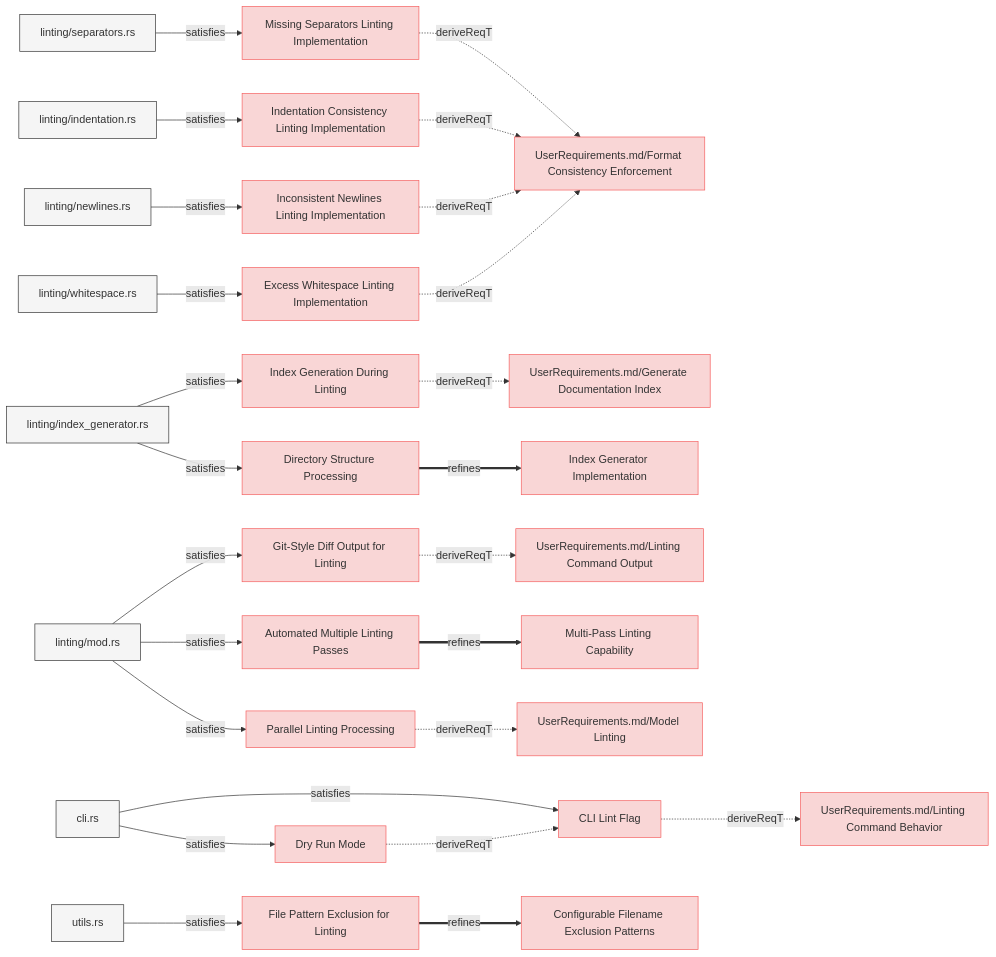
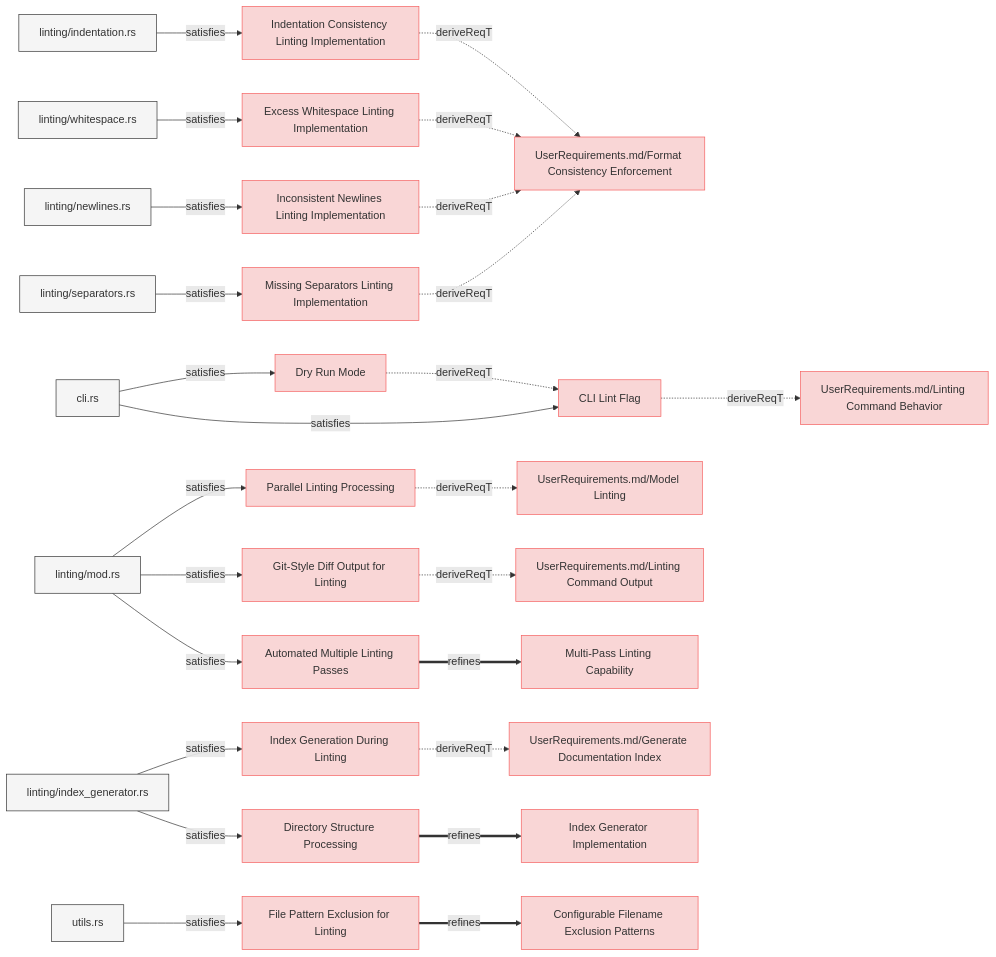
One commit to reqvire-org/reqvire changed the first of 3 diagrams in specifications/SystemRequirements/Requirements.md. Above: the diagram before and after it, drawn with Mermaid. The commit also changed other lines of this file and 17 other files, not shown here.

````diff
--- a/specifications/SystemRequirements/Requirements.md
+++ b/specifications/SystemRequirements/Requirements.md
@@ -8,53 +8,28 @@
   classDef verification fill:#d6f9d6,stroke:#5fd75f,stroke-width:1px;
   classDef externalLink fill:#d0e0ff,stroke:#3080ff,stroke-width:1px;
   classDef default fill:#f5f5f5,stroke:#333333,stroke-width:1px;
-
-  dd0846393d["Missing Separators Linting Implementation"];
-  click dd0846393d "Requirements.md#missing-separators-linting-implementation";
-  class dd0846393d requirement;
+  3efb9595f2["Indentation Consistency Linting Implementation"];
+  click 3efb9595f2 "Requirements.md#indentation-consistency-linting-implementation";
+  class 3efb9595f2 requirement;
   81758bdb22["UserRequirements.md/Format Consistency Enforcement"];
   class 81758bdb22 requirement;
   click 81758bdb22 "../UserRequirements.md#format-consistency-enforcement";
-  dd0846393d -.->|deriveReqT| 81758bdb22;
-  b90e4bcdd6["linting/separators.rs"];
-  class b90e4bcdd6 default;
-  click b90e4bcdd6 "../..../../src/linting/separators.rs";
-  b90e4bcdd6 -->|satisfies| dd0846393d;
-  63f1cd4974["Git-Style Diff Output for Linting"];
-  click 63f1cd4974 "Requirements.md#git-style-diff-output-for-linting";
-  class 63f1cd4974 requirement;
-  808b1863c8["UserRequirements.md/Linting Command Output"];
-  class 808b1863c8 requirement;
-  click 808b1863c8 "../UserRequirements.md#linting-command-output";
-  63f1cd4974 -.->|deriveReqT| 808b1863c8;
-  3c61a8f8d3["linting/mod.rs"];
-  class 3c61a8f8d3 default;
-  click 3c61a8f8d3 "../..../../src/linting/mod.rs";
-  3c61a8f8d3 -->|satisfies| 63f1cd4974;
-  3efb9595f2["Indentation Consistency Linting Implementation"];
-  click 3efb9595f2 "Requirements.md#indentation-consistency-linting-implementation";
-  class 3efb9595f2 requirement;
   3efb9595f2 -.->|deriveReqT| 81758bdb22;
   5604a53ad3["linting/indentation.rs"];
   class 5604a53ad3 default;
-  click 5604a53ad3 "../..../../src/linting/indentation.rs";
+  click 5604a53ad3 "../../src/linting/indentation.rs";
   5604a53ad3 -->|satisfies| 3efb9595f2;
-  6e1435ad10["Inconsistent Newlines Linting Implementation"];
-  click 6e1435ad10 "Requirements.md#inconsistent-newlines-linting-implementation";
-  class 6e1435ad10 requirement;
-  6e1435ad10 -.->|deriveReqT| 81758bdb22;
-  adb880afe2["linting/newlines.rs"];
-  class adb880afe2 default;
-  click adb880afe2 "../..../../src/linting/newlines.rs";
-  adb880afe2 -->|satisfies| 6e1435ad10;
-  ec14dc67ea["Automated Multiple Linting Passes"];
-  click ec14dc67ea "Requirements.md#automated-multiple-linting-passes";
-  class ec14dc67ea requirement;
-  feb2e14e3b["Multi-Pass Linting Capability"];
-  class feb2e14e3b requirement;
-  click feb2e14e3b "Requirements.md#multi-pass-linting-capability";
-  ec14dc67ea ==>|refines| feb2e14e3b;
-  3c61a8f8d3 -->|satisfies| ec14dc67ea;
+  66aa36deca["Parallel Linting Processing"];
+  click 66aa36deca "Requirements.md#parallel-linting-processing";
+  class 66aa36deca requirement;
+  103ddb8dc3["UserRequirements.md/Model Linting"];
+  class 103ddb8dc3 requirement;
+  click 103ddb8dc3 "../UserRequirements.md#model-linting";
+  66aa36deca -.->|deriveReqT| 103ddb8dc3;
+  3c61a8f8d3["linting/mod.rs"];
+  class 3c61a8f8d3 default;
+  click 3c61a8f8d3 "../../src/linting/mod.rs";
+  3c61a8f8d3 -->|satisfies| 66aa36deca;
   74344124a8["Index Generation During Linting"];
   click 74344124a8 "Requirements.md#index-generation-during-linting";
   class 74344124a8 requirement;
@@ -64,32 +39,48 @@
   74344124a8 -.->|deriveReqT| f5b5eaeb28;
   58ac33706d["linting/index_generator.rs"];
   class 58ac33706d default;
-  click 58ac33706d "../..../../src/linting/index_generator.rs";
+  click 58ac33706d "../../src/linting/index_generator.rs";
   58ac33706d -->|satisfies| 74344124a8;
-  d93eda81e3["Directory Structure Processing"];
-  click d93eda81e3 "Requirements.md#directory-structure-processing";
-  class d93eda81e3 requirement;
-  ec70b05609["Index Generator Implementation"];
-  class ec70b05609 requirement;
-  click ec70b05609 "Requirements.md#index-generator-implementation";
-  d93eda81e3 ==>|refines| ec70b05609;
-  58ac33706d -->|satisfies| d93eda81e3;
+  8f2198f681["Dry Run Mode"];
+  click 8f2198f681 "Requirements.md#dry-run-mode";
+  class 8f2198f681 requirement;
   fffbb22796["CLI Lint Flag"];
+  class fffbb22796 requirement;
   click fffbb22796 "Requirements.md#cli-lint-flag";
-  class fffbb22796 requirement;
+  8f2198f681 -.->|deriveReqT| fffbb22796;
+  6b749da146["cli.rs"];
+  class 6b749da146 default;
+  click 6b749da146 "../../src/cli.rs";
+  6b749da146 -->|satisfies| 8f2198f681;
   887a7d36ca["UserRequirements.md/Linting Command Behavior"];
   class 887a7d36ca requirement;
   click 887a7d36ca "../UserRequirements.md#linting-command";
   fffbb22796 -.->|deriveReqT| 887a7d36ca;
-  6b749da146["cli.rs"];
-  class 6b749da146 default;
-  click 6b749da146 "../..../../src/cli.rs";
   6b749da146 -->|satisfies| fffbb22796;
-  8f2198f681["Dry Run Mode"];
-  click 8f2198f681 "Requirements.md#dry-run-mode";
-  class 8f2198f681 requirement;
-  8f2198f681 -.->|deriveReqT| fffbb22796;
-  6b749da146 -->|satisfies| 8f2198f681;
+  3f3d3f9ccb["Excess Whitespace Linting Implementation"];
+  click 3f3d3f9ccb "Requirements.md#excess-whitespace-linting-implementation";
+  class 3f3d3f9ccb requirement;
+  3f3d3f9ccb -.->|deriveReqT| 81758bdb22;
+  defc3a45e2["linting/whitespace.rs"];
+  class defc3a45e2 default;
+  click defc3a45e2 "../../src/linting/whitespace.rs";
+  defc3a45e2 -->|satisfies| 3f3d3f9ccb;
+  6e1435ad10["Inconsistent Newlines Linting Implementation"];
+  click 6e1435ad10 "Requirements.md#inconsistent-newlines-linting-implementation";
+  class 6e1435ad10 requirement;
+  6e1435ad10 -.->|deriveReqT| 81758bdb22;
+  adb880afe2["linting/newlines.rs"];
+  class adb880afe2 default;
+  click adb880afe2 "../../src/linting/newlines.rs";
+  adb880afe2 -->|satisfies| 6e1435ad10;
+  63f1cd4974["Git-Style Diff Output for Linting"];
+  click 63f1cd4974 "Requirements.md#git-style-diff-output-for-linting";
+  class 63f1cd4974 requirement;
+  808b1863c8["UserRequirements.md/Linting Command Output"];
+  class 808b1863c8 requirement;
+  click 808b1863c8 "../UserRequirements.md#linting-command-output";
+  63f1cd4974 -.->|deriveReqT| 808b1863c8;
+  3c61a8f8d3 -->|satisfies| 63f1cd4974;
   45770e9b31["File Pattern Exclusion for Linting"];
   click 45770e9b31 "Requirements.md#file-pattern-exclusion-for-linting";
   class 45770e9b31 requirement;
@@ -99,22 +90,30 @@
   45770e9b31 ==>|refines| cc8128cae3;
   5962484230["utils.rs"];
   class 5962484230 default;
-  click 5962484230 "../..../../src/utils.rs";
+  click 5962484230 "../../src/utils.rs";
   5962484230 -->|satisfies| 45770e9b31;
-  3f3d3f9ccb["Excess Whitespace Linting Implementation"];
-  click 3f3d3f9ccb "Requirements.md#excess-whitespace-linting-implementation";
-  class 3f3d3f9ccb requirement;
-  3f3d3f9ccb -.->|deriveReqT| 81758bdb22;
-  defc3a45e2["linting/whitespace.rs"];
-  class defc3a45e2 default;
-  click defc3a45e2 "../..../../src/linting/whitespace.rs";
-  defc3a45e2 -->|satisfies| 3f3d3f9ccb;
-  66aa36deca["Parallel Linting Processing"];
-  click 66aa36deca "Requirements.md#parallel-linting-processing";
-  class 66aa36deca requirement;
-  103ddb8dc3["UserRequirements.md/Model Linting"];
-  class 103ddb8dc3 requirement;
-  click 103ddb8dc3 "../UserRequirements.md#model-linting";
-  66aa36deca -.->|deriveReqT| 103ddb8dc3;
-  3c61a8f8d3 -->|satisfies| 66aa36deca;
+  ec14dc67ea["Automated Multiple Linting Passes"];
+  click ec14dc67ea "Requirements.md#automated-multiple-linting-passes";
+  class ec14dc67ea requirement;
+  feb2e14e3b["Multi-Pass Linting Capability"];
+  class feb2e14e3b requirement;
+  click feb2e14e3b "Requirements.md#multi-pass-linting-capability";
+  ec14dc67ea ==>|refines| feb2e14e3b;
+  3c61a8f8d3 -->|satisfies| ec14dc67ea;
+  dd0846393d["Missing Separators Linting Implementation"];
+  click dd0846393d "Requirements.md#missing-separators-linting-implementation";
+  class dd0846393d requirement;
+  dd0846393d -.->|deriveReqT| 81758bdb22;
+  b90e4bcdd6["linting/separators.rs"];
+  class b90e4bcdd6 default;
+  click b90e4bcdd6 "../../src/linting/separators.rs";
+  b90e4bcdd6 -->|satisfies| dd0846393d;
+  d93eda81e3["Directory Structure Processing"];
+  click d93eda81e3 "Requirements.md#directory-structure-processing";
+  class d93eda81e3 requirement;
+  ec70b05609["Index Generator Implementation"];
+  class ec70b05609 requirement;
+  click ec70b05609 "Requirements.md#index-generator-implementation";
+  d93eda81e3 ==>|refines| ec70b05609;
+  58ac33706d -->|satisfies| d93eda81e3;
 ```
````
